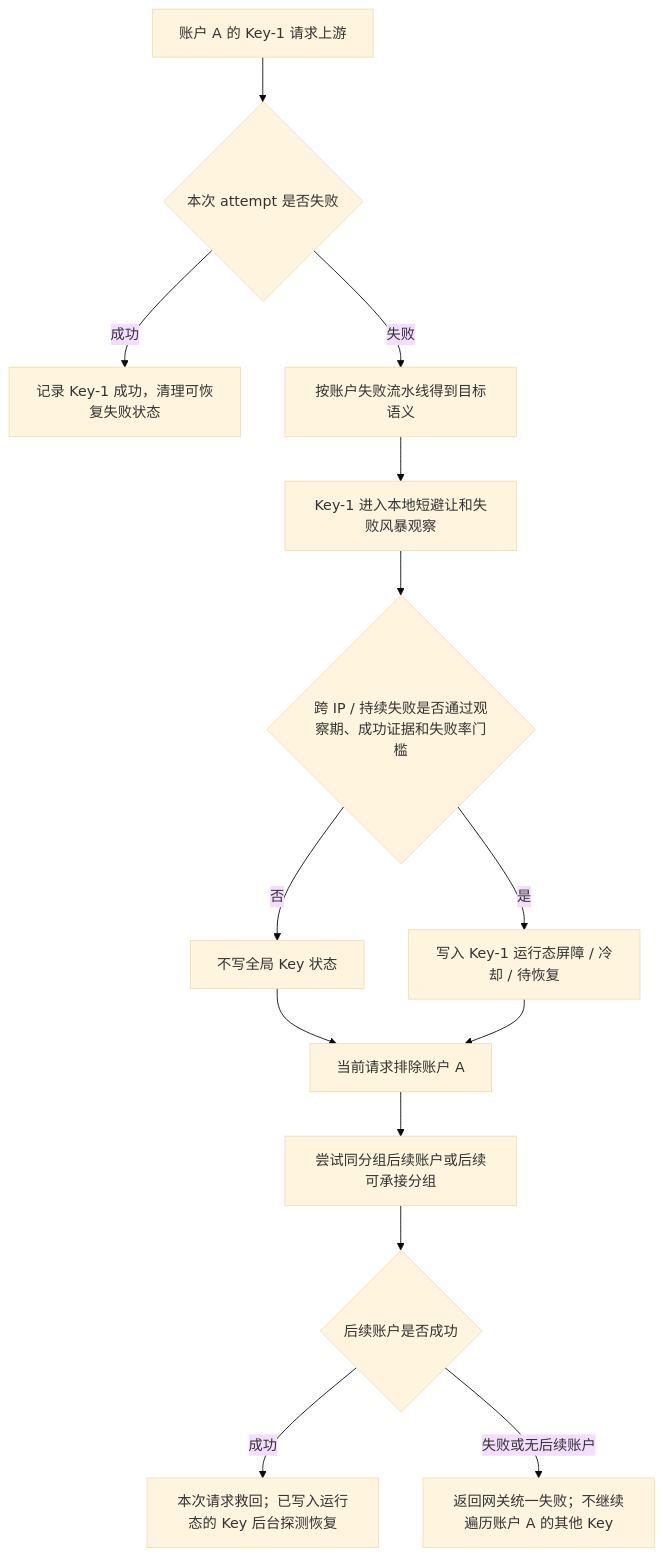
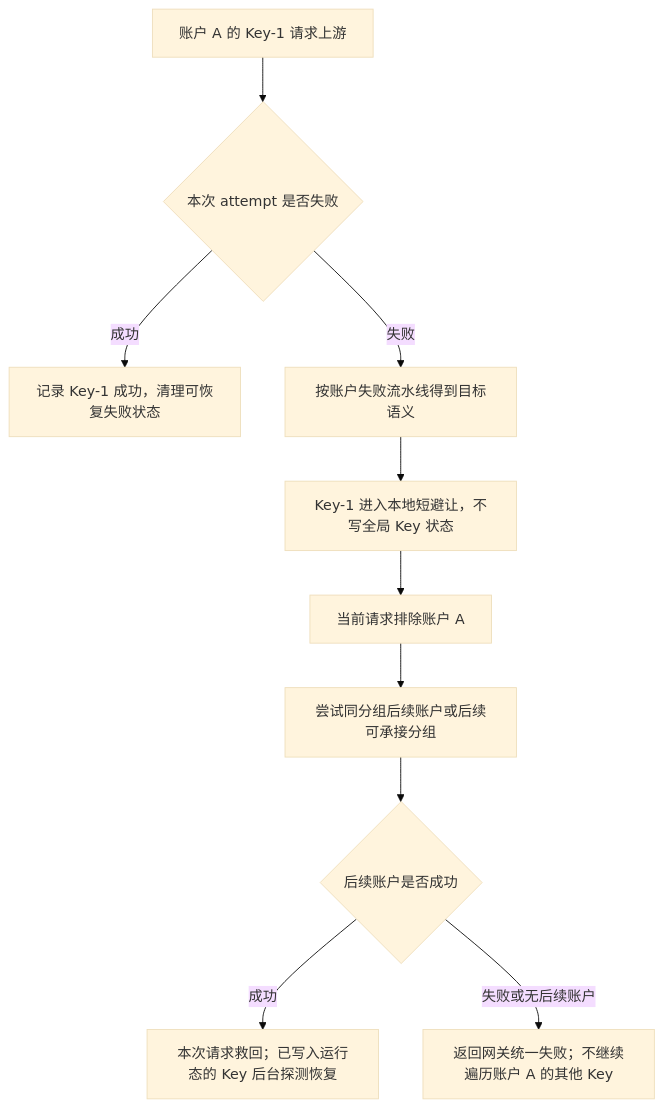
One commit to huanmin123/juhe-ai changed the second of 2 diagrams in docs/functions/账户内APIKey故障隔离设计.md. Above: the diagram before and after it, drawn with Mermaid (base theme). The commit also changed other lines of this file and 182 other files, not shown here.

````diff
--- a/docs/functions/账户内APIKey故障隔离设计.md
+++ b/docs/functions/账户内APIKey故障隔离设计.md
@@ -67,16 +66,12 @@
 ```mermaid
 flowchart TD
   A["账户 A 的 Key-1 请求上游"] --> B{"本次 attempt 是否失败"}
   B -- "成功" --> C["记录 Key-1 成功，清理可恢复失败状态"]
   B -- "失败" --> D["按账户失败流水线得到目标语义"]
-  D --> E["Key-1 进入本地短避让和失败风暴观察"]
-  E --> F{"跨 IP / 持续失败是否通过观察期、成功证据和失败率门槛"}
-  F -- "否" --> G["不写全局 Key 状态"]
-  F -- "是" --> H["写入 Key-1 运行态屏障 / 冷却 / 待恢复"]
-  G --> I["当前请求排除账户 A"]
-  H --> I
+  D --> E["Key-1 进入本地短避让，不写全局 Key 状态"]
+  E --> I["当前请求排除账户 A"]
   I --> J["尝试同分组后续账户或后续可承接分组"]
   J --> K{"后续账户是否成功"}
   K -- "成功" --> L["本次请求救回；已写入运行态的 Key 后台探测恢复"]
   K -- "失败或无后续账户" --> M["返回网关统一失败；不继续遍历账户 A 的其他 Key"]
 ```
````
